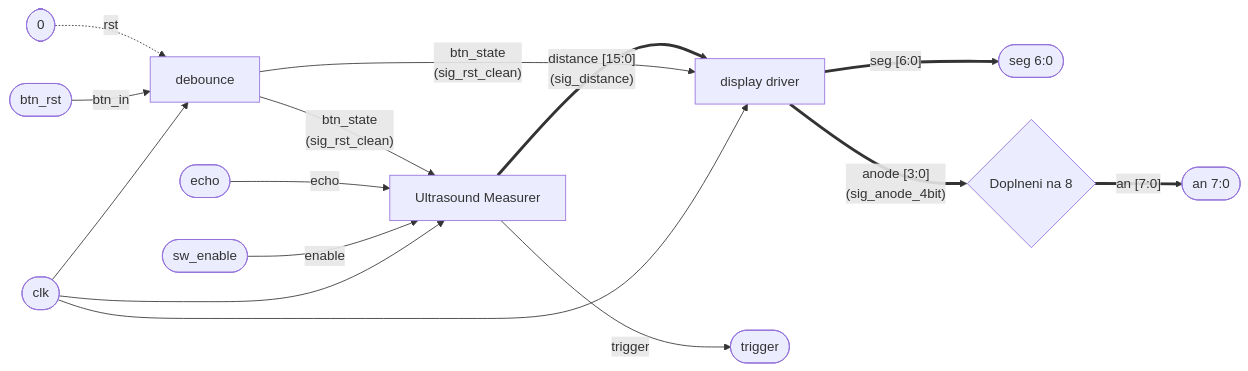
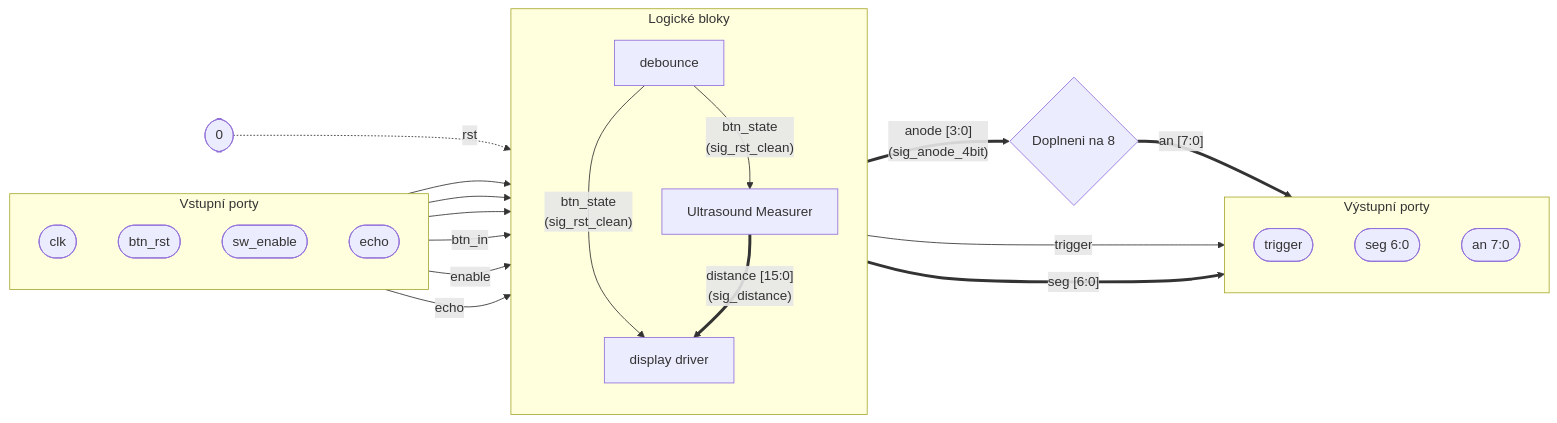
The diagram in README.md (Lidong9/DE1_projekt_2026), drawn with Mermaid before and after one commit. The commit also changed other lines of this file, not shown here.

Commit message:
Remove distance measurement project details from README
Removed section on distance measurement project and I/O port descriptions.

````diff
--- a/README.md
+++ b/README.md
@@ -44,37 +38,51 @@
 ```mermaid
 flowchart LR
-    %% Vstupy
-    clk([clk])
-    btn_rst([btn_rst])
-    sw_enable([sw_enable])
-    echo_in([echo])
+    %% Definice vstupních portů (Sdružíme je do podgrafu pro lepší vzhled)
+    subgraph VSTUPY [Vstupní porty]
+        direction TB
+        clk([clk])
+        btn_rst([btn_rst])
+        sw_enable([sw_enable])
+        echo_in([echo])
+    end
 
     %% Komponenty
-    DEB[debounce]
-    ULT[Ultrasound Measurer]
-    DISP[display driver]
+    subgraph JADRO [Logické bloky]
+        direction TB
+        DEB[debounce]
+        ULT[Ultrasound Measurer]
+        DISP[display driver]
+    end
+
+    %% Výstupy
+    subgraph VYSTUPY [Výstupní porty]
+        direction TB
+        trigger_out([trigger])
+        seg_out([seg 6:0])
+        an_out([an 7:0])
+    end
 
     %% Zapojeni vstupu
     clk --> DEB
     clk --> ULT
     clk --> DISP
 
     btn_rst -->|btn_in| DEB
     0([0]) -.->|rst| DEB
     
     sw_enable -->|enable| ULT
     echo_in -->|echo| ULT
 
     %% Vnitrni signaly a sbernice
     DEB -->|"btn_state \n (sig_rst_clean)"| ULT
     DEB -->|"btn_state \n (sig_rst_clean)"| DISP
     
     ULT ==>|"distance [15:0] \n (sig_distance)"| DISP
 
-    %% Vystupy
-    ULT -->|trigger| trigger_out([trigger])
-    DISP ==>|"seg [6:0]"| seg_out([seg 6:0])
+    %% Zapojeni výstupů
+    ULT -->|trigger| trigger_out
+    DISP ==>|"seg [6:0]"| seg_out
     
     DISP ==>|"anode [3:0] \n (sig_anode_4bit)"| AN_LOGIC{Doplneni na 8}
-    AN_LOGIC ==>|"an [7:0]"| an_out([an 7:0])
+    AN_LOGIC ==>|"an [7:0]"| an_out
 ```
````
